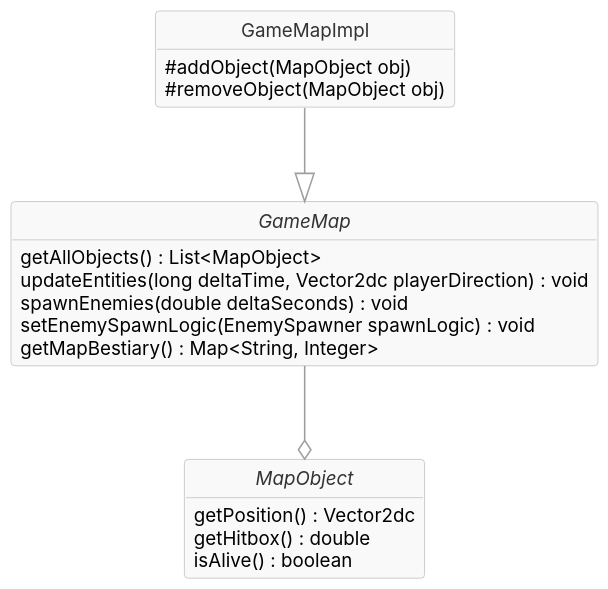
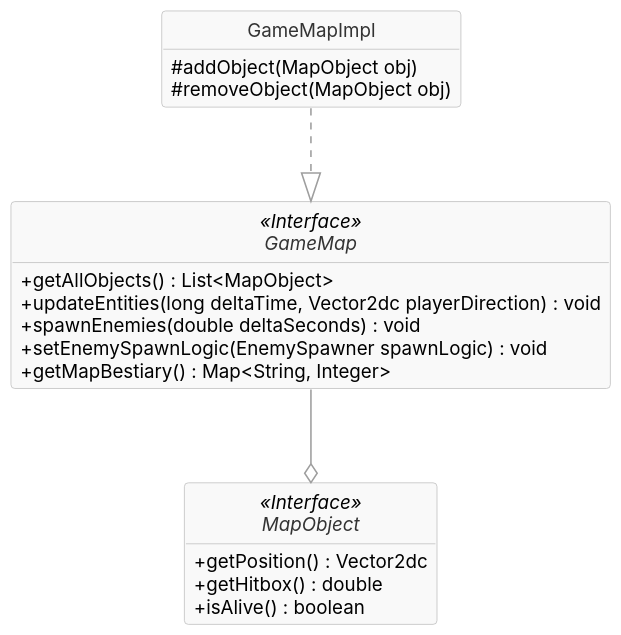
One commit to GiocoMatto/OOP25-wildenc changed the diagram in report/uml/gamemap.puml. Above: the diagram before and after it, drawn with PlantUML. The commit also changed 27 other files, not shown here.

```diff
--- a/report/uml/gamemap.puml
+++ b/report/uml/gamemap.puml
@@ -1,58 +1,58 @@
 @startuml GameMap
 
 ' =========================
 '  Skin
 ' =========================
 
 skinparam shadowing false
 skinparam roundcorner 5
 skinparam dpi 150
 
 skinparam DefaultFontName "Inter"
 skinparam DefaultFontSize 12
 skinparam classAttributeIconSize 0
 skinparam Linetype ortho
 
 skinparam class {
   BackgroundColor #F9F9F9
   BorderColor #BFBFBF
   FontColor #333333
 }
 
 skinparam Arrow {
   Color #9E9E9E
   Thickness 1
 }
 
 hide circle
 hide empty members
 
 ' =========================
 '  Classes
 ' =========================
 
-interface MapObject {
-    getPosition() : Vector2dc
-    getHitbox() : double
-    isAlive() : boolean
+interface MapObject << Interface >> {
+    +getPosition() : Vector2dc
+    +getHitbox() : double
+    +isAlive() : boolean
 }
 
-interface GameMap {
-    getAllObjects() : List<MapObject>
-    updateEntities(long deltaTime, Vector2dc playerDirection) : void 
-    spawnEnemies(double deltaSeconds) : void 
-    setEnemySpawnLogic(EnemySpawner spawnLogic) : void 
-    getMapBestiary() : Map<String, Integer> 
+interface GameMap << Interface >> {
+    +getAllObjects() : List<MapObject>
+    +updateEntities(long deltaTime, Vector2dc playerDirection) : void 
+    +spawnEnemies(double deltaSeconds) : void 
+    +setEnemySpawnLogic(EnemySpawner spawnLogic) : void 
+    +getMapBestiary() : Map<String, Integer> 
 }
 
 class GameMapImpl {
     #addObject(MapObject obj)
     #removeObject(MapObject obj)
 }
 
 GameMap --o MapObject
 
-GameMapImpl --|> GameMap
+GameMapImpl ..|> GameMap
 
 
 @enduml 
```
